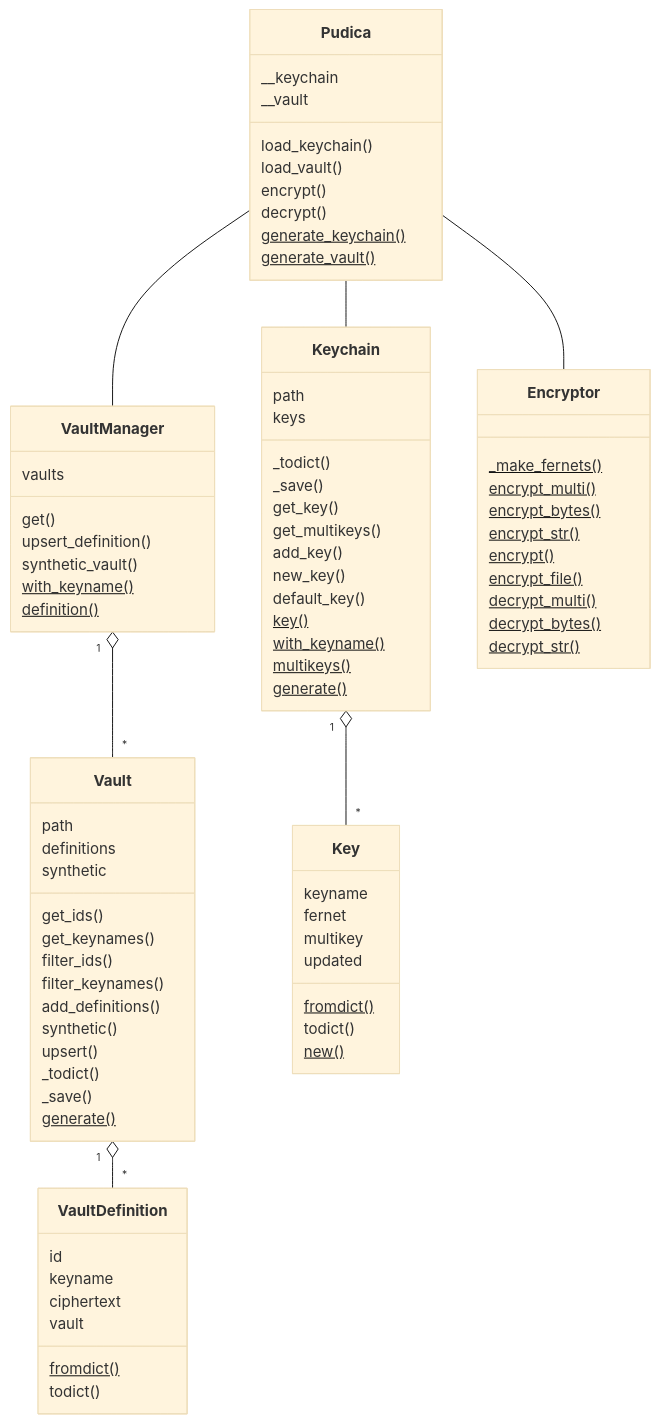
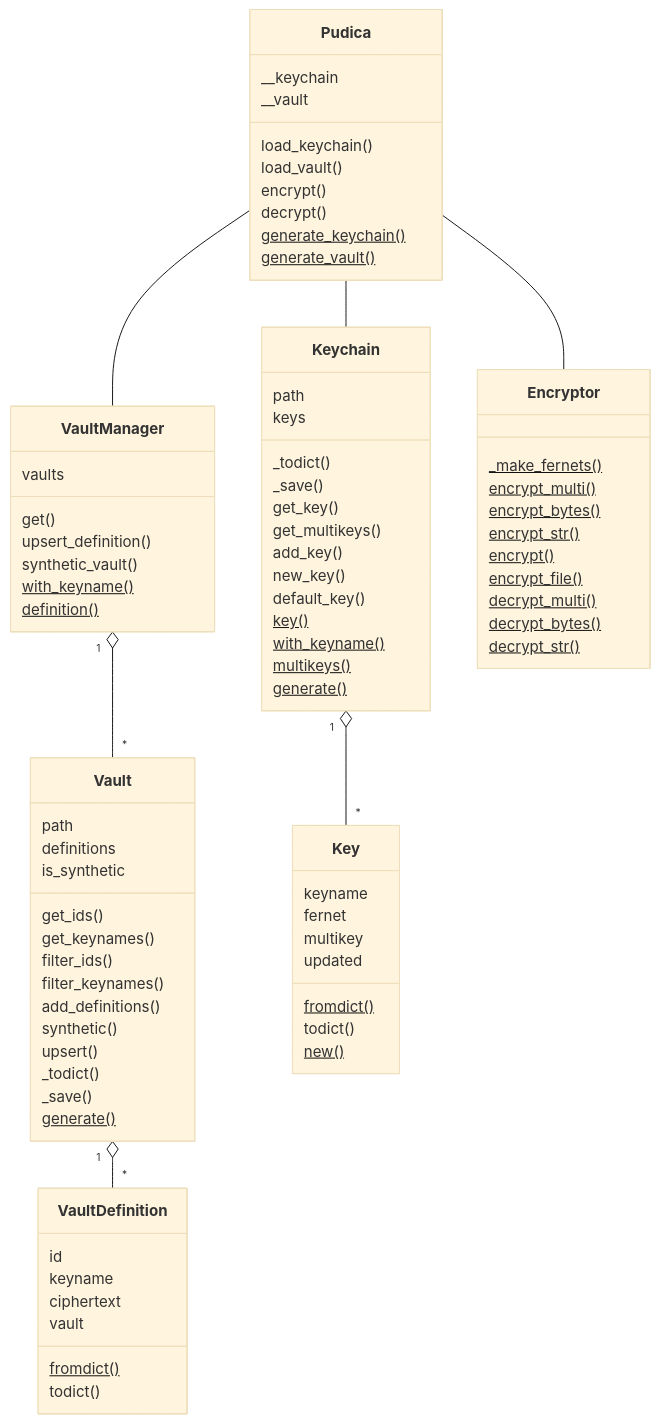
One commit to botanicode/pudica changed the diagram in docs/class_diagram.md. Above: the diagram before and after it, drawn with Mermaid (base theme). The commit also changed 1 other file, not shown here.

Commit message:
fix synthetic conflict

```diff
--- a/docs/class_diagram.md
+++ b/docs/class_diagram.md
@@ -26,7 +26,7 @@
       class Vault{
         path
         definitions
-        synthetic
+        is_synthetic
         get_ids()
         get_keynames()
         filter_ids()
```
